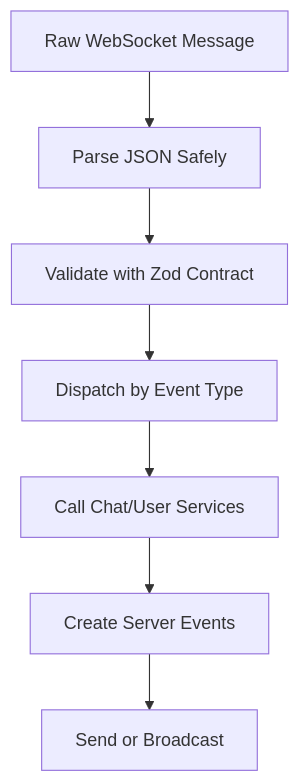
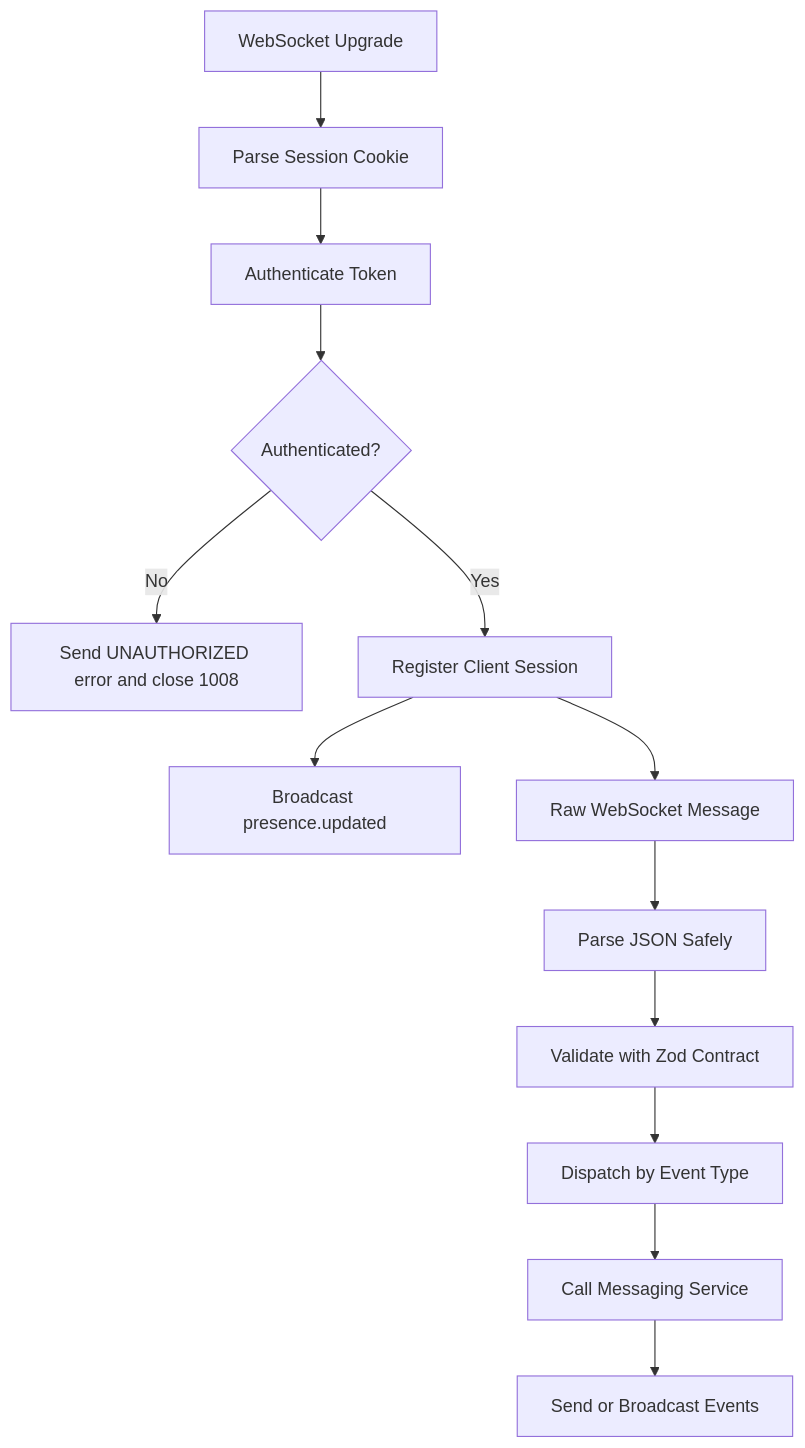
Before and after one commit to frank-mendez/pulse-chat-: the third of 3 diagrams in docs/architecture.md, drawn with Mermaid. The commit also changed other lines of this file and 116 other files, not shown here.

Commit message:
Implement persistent authenticated messaging

````diff
--- a/docs/architecture.md
+++ b/docs/architecture.md
@@ -186,9 +226,15 @@
 ```mermaid
 flowchart TB
-  Raw[Raw WebSocket Message] --> Parse[Parse JSON Safely]
+  Upgrade[WebSocket Upgrade] --> Cookie[Parse Session Cookie]
+  Cookie --> Auth[Authenticate Token]
+  Auth --> Accepted{Authenticated?}
+  Accepted -->|No| Reject[Send UNAUTHORIZED error and close 1008]
+  Accepted -->|Yes| Session[Register Client Session]
+  Session --> Presence[Broadcast presence.updated]
+  Session --> Raw[Raw WebSocket Message]
+  Raw --> Parse[Parse JSON Safely]
   Parse --> Validate[Validate with Zod Contract]
   Validate --> Dispatch[Dispatch by Event Type]
-  Dispatch --> Services[Call Chat/User Services]
-  Services --> Events[Create Server Events]
-  Events --> Send[Send or Broadcast]
+  Dispatch --> Messaging[Call Messaging Service]
+  Messaging --> Events[Send or Broadcast Events]
 ```
````
